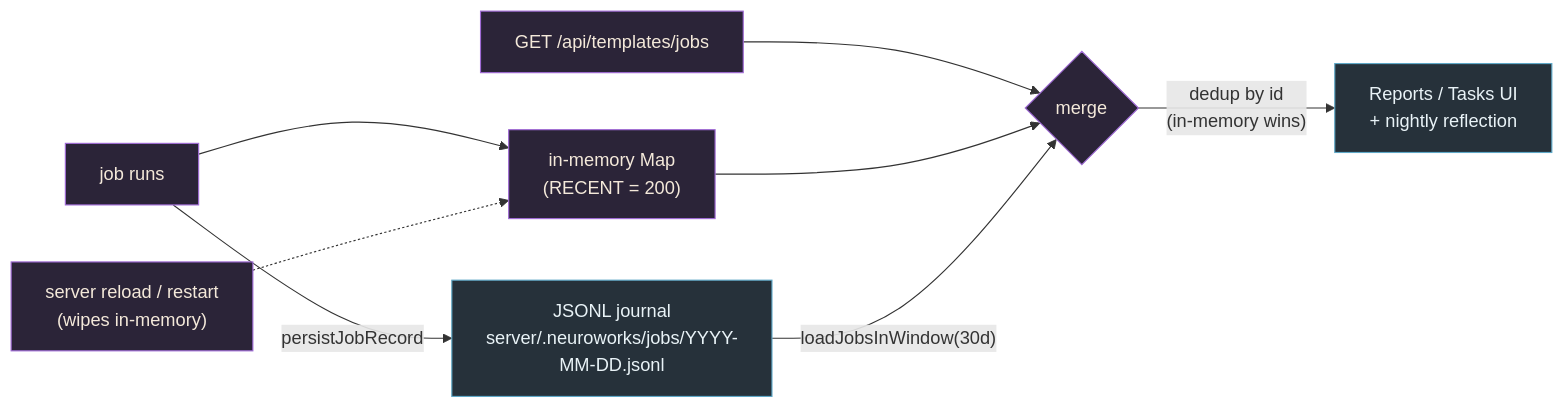
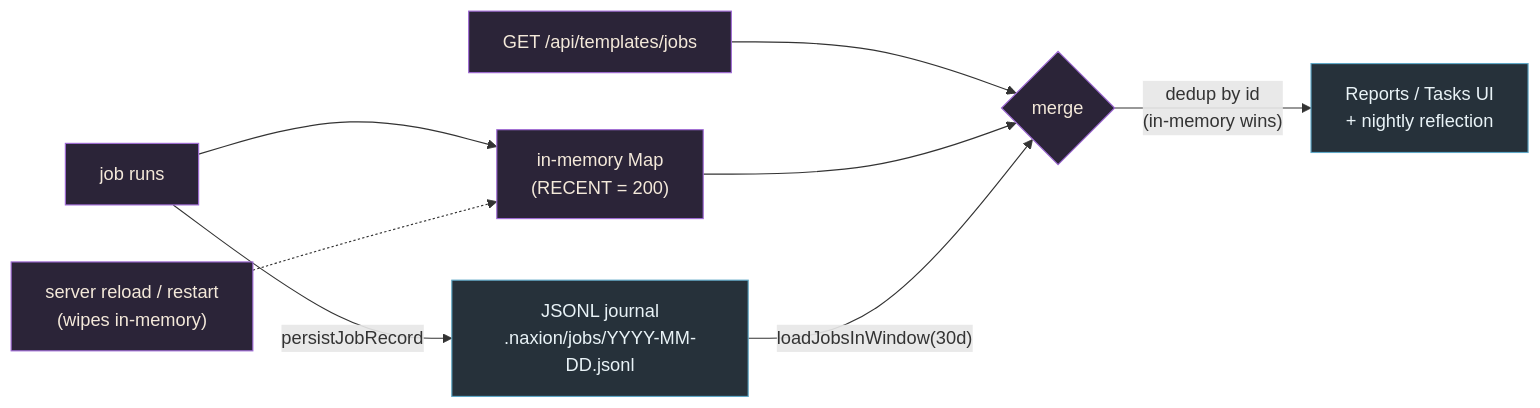
Before and after one commit to NatureAiia/Naxie: the second of 4 diagrams in naxionai/docs/DATA-MIGRATION.md, drawn with Mermaid. The commit also changed other lines of this file and 259 other files, not shown here.

````diff
--- a/naxionai/docs/DATA-MIGRATION.md
+++ b/naxionai/docs/DATA-MIGRATION.md
@@ -45,14 +45,14 @@
 ```mermaid
 flowchart LR
   classDef store fill:#26313a,stroke:#5fa8c7,color:#e9f3f7;
   classDef proc fill:#2b2438,stroke:#a06bd6,color:#f4e9da;
 
   RUN["job runs"]:::proc --> MEM["in-memory Map<br/>(RECENT = 200)"]:::proc
-  RUN -->|persistJobRecord| JL["JSONL journal<br/>server/.neuroworks/jobs/YYYY-MM-DD.jsonl"]:::store
+  RUN -->|persistJobRecord| JL["JSONL journal<br/>.naxion/jobs/YYYY-MM-DD.jsonl"]:::store
   REL["server reload / restart<br/>(wipes in-memory)"]:::proc -.-> MEM
 
   GET["GET /api/templates/jobs"]:::proc --> MERGE{"merge"}:::proc
   MEM --> MERGE
   JL -->|"loadJobsInWindow(30d)"| MERGE
   MERGE -->|"dedup by id<br/>(in-memory wins)"| RPT["Reports / Tasks UI<br/>+ nightly reflection"]:::store
 ```
````
